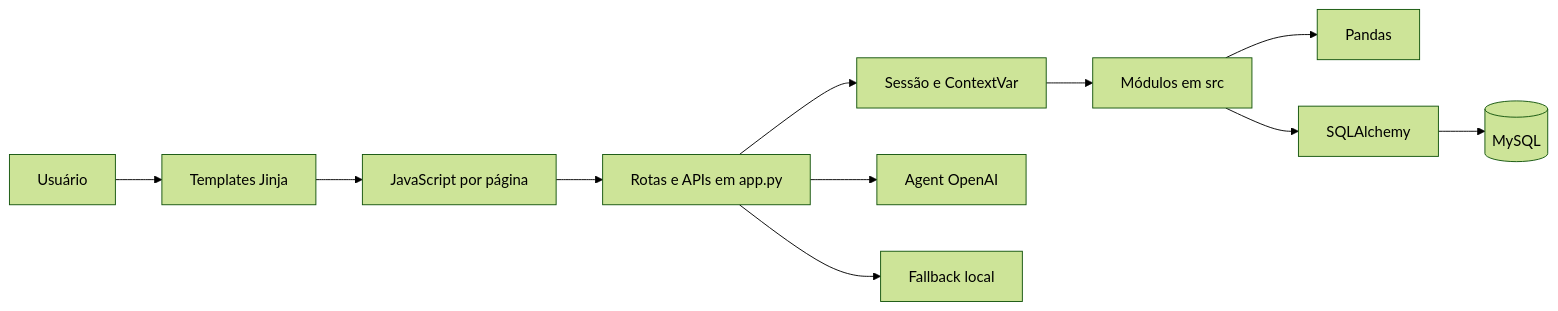
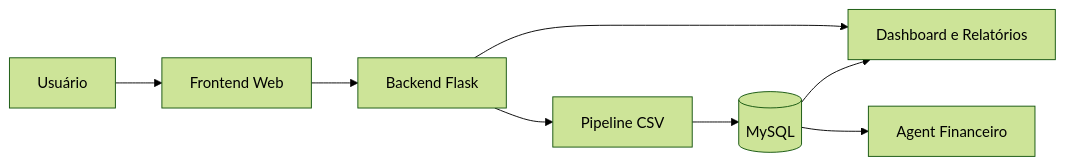
One commit to MayaraLonguinho/personal-finance-flow changed the diagram in README.md. Above: the diagram before and after it, drawn with Mermaid (forest theme). The commit also changed other lines of this file and 177 other files, not shown here.

````diff
--- a/README.md
+++ b/README.md
@@ -52,13 +81,10 @@
 ```mermaid
 flowchart LR
-    U[Usuário] --> T[Templates Jinja]
-    T --> J[JavaScript por página]
-    J --> A[Rotas e APIs em app.py]
-    A --> S[Sessão e ContextVar]
-    S --> D[Módulos em src]
-    D --> P[Pandas]
-    D --> Q[SQLAlchemy]
-    Q --> DB[(MySQL)]
-    A --> O[Agent OpenAI]
-    A --> L[Fallback local]
+    U[Usuário] --> F[Frontend Web]
+    F --> B[Backend Flask]
+    B --> P[Pipeline CSV]
+    P --> DB[(MySQL)]
+    DB --> D[Dashboard e Relatórios]
+    DB --> A[Agent Financeiro]
+    B --> D
 ```
````
